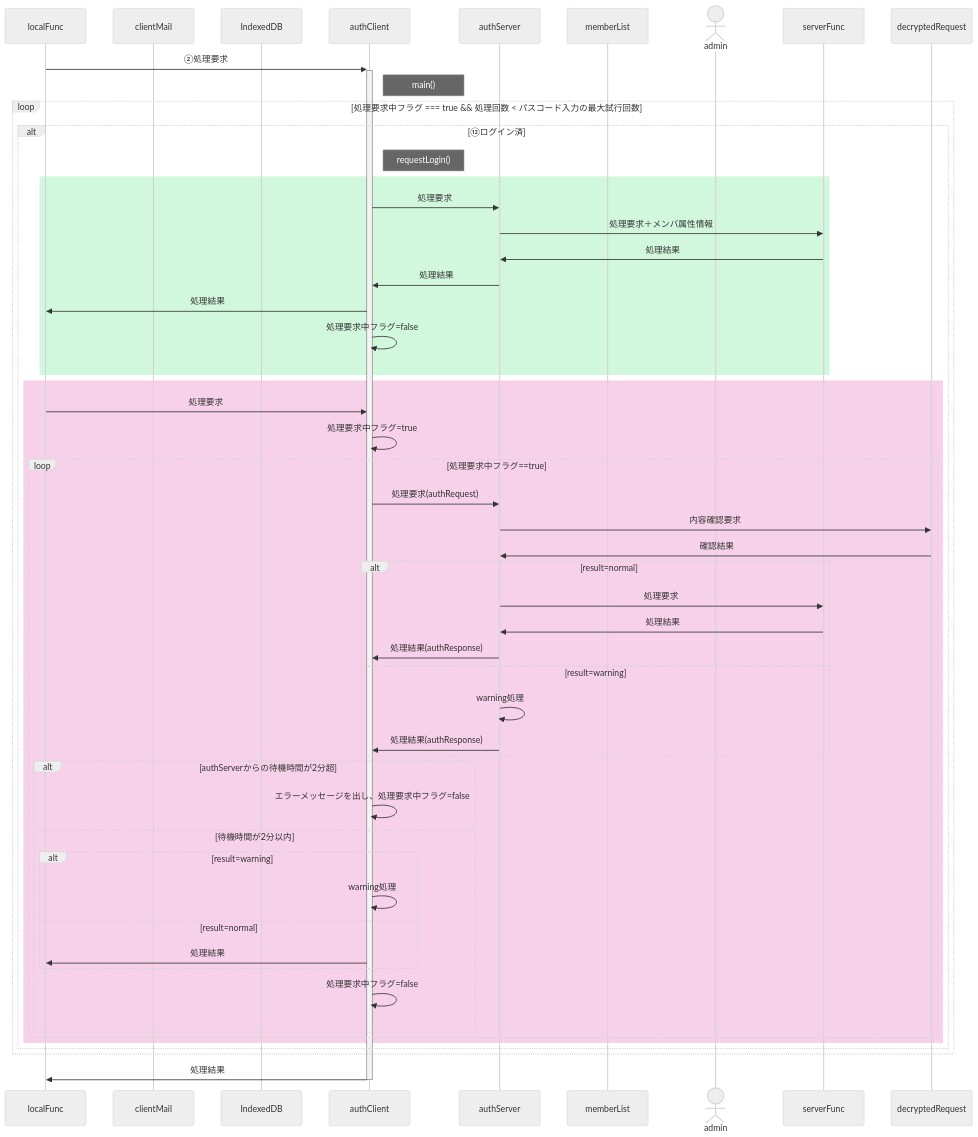
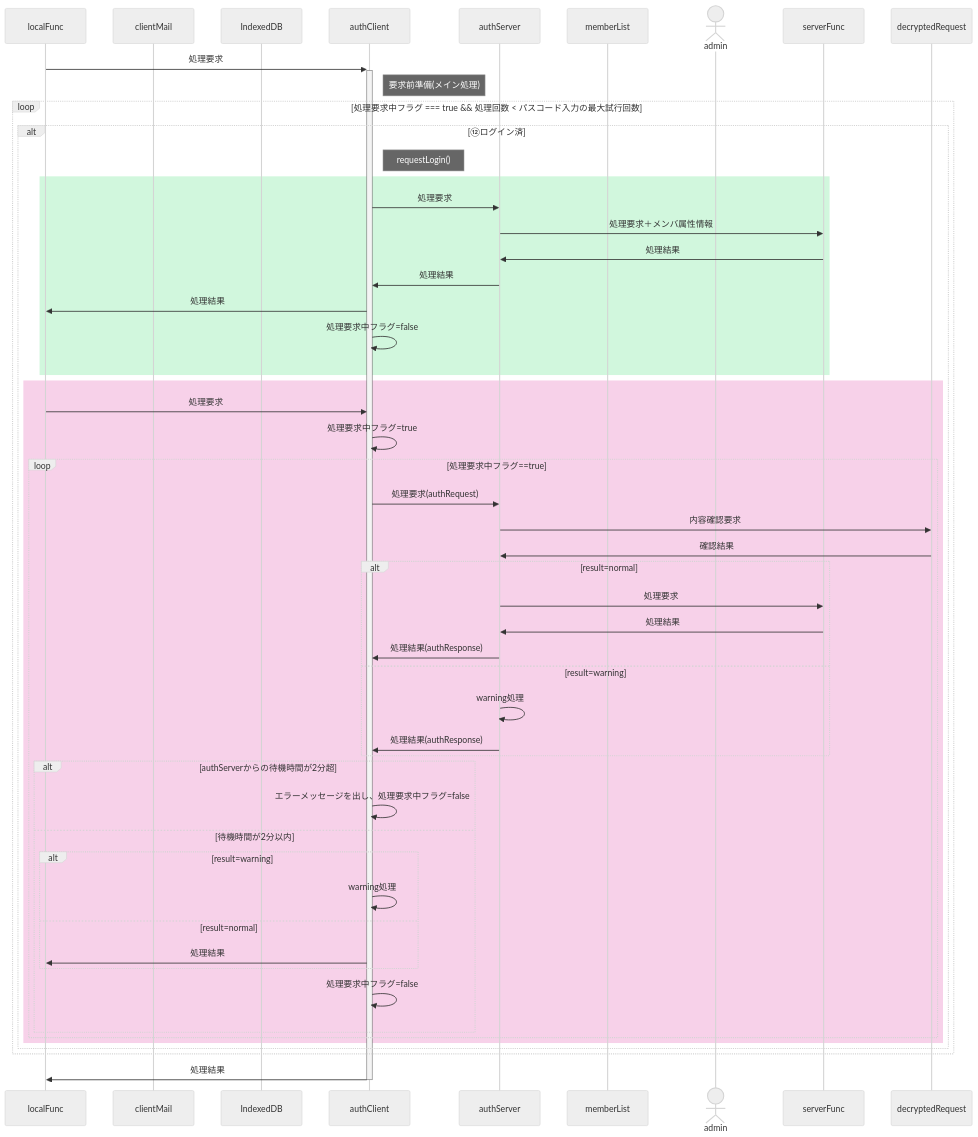
Before and after one commit to nakaone/library: the fourth of 4 diagrams in underDev/Auth/question.md, drawn with Mermaid (neutral theme). The commit also changed other lines of this file and 16 other files, not shown here.

````diff
--- a/underDev/Auth/question.md
+++ b/underDev/Auth/question.md
@@ -285,75 +282,75 @@
 ```mermaid
 %% 処理要求
 
 sequenceDiagram
   %%actor user
   participant localFunc
   participant clientMail
   %%participant encryptRequest
   participant IndexedDB
   participant authClient
   participant authServer
   participant memberList
   %%participant decryptRequest
   %%participant serverFunc
   actor admin
 
-  localFunc->>+authClient: ②処理要求
-  Note right of authClient: main()
+  localFunc->>+authClient: 処理要求
+  Note right of authClient: 要求前準備(メイン処理)
 
   loop 処理要求中フラグ === true && 処理回数 < パスコード入力の最大試行回数
 
     alt ⑫ログイン済
       Note right of authClient: requestLogin()
 
       rect rgba(209, 247, 221, 1)
 
         authClient->>authServer: 処理要求
         authServer->>serverFunc: 処理要求＋メンバ属性情報
         serverFunc->>authServer: 処理結果
         authServer->>authClient: 処理結果
         authClient->>localFunc: 処理結果
         authClient->>authClient: 処理要求中フラグ=false
 
       end
 
       rect rgba(247, 209, 233, 1)
 
         localFunc->>authClient: 処理要求
         authClient->>authClient: 処理要求中フラグ=true
         loop 処理要求中フラグ==true
           authClient->>authServer: 処理要求(authRequest)
 
           %% サーバ側処理
           authServer->>decryptedRequest: 内容確認要求
           decryptedRequest->>authServer: 確認結果
 
           alt result=normal
             authServer->>serverFunc: 処理要求
             serverFunc->>authServer: 処理結果
             authServer->>authClient: 処理結果(authResponse)
           else result=warning
             authServer->>authServer: warning処理
             authServer->>authClient: 処理結果(authResponse)
           end
 
           %% クライアント側処理
           alt authServerからの待機時間が2分超
             authClient->>authClient: エラーメッセージを出し、処理要求中フラグ=false
           else 待機時間が2分以内
             alt result=warning
               authClient->>authClient: warning処理
             else result=normal
               authClient->>localFunc: 処理結果
             end
             authClient->>authClient: 処理要求中フラグ=false
           end
         end
 
 
       end
     end
   end
 
   authClient->>-localFunc: 処理結果
 ```
````
